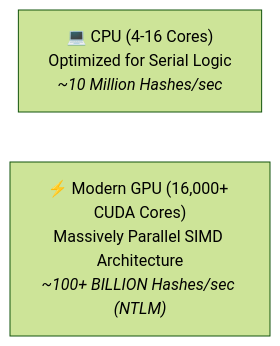
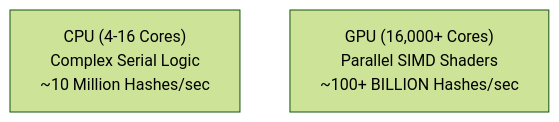
One commit to DaddyZyn/Cyber-security-notes changed the fifth of 5 diagrams in topics/13-pentesting-tool-internals-and-mechanics/README.md. Above: the diagram before and after it, drawn with Mermaid (forest theme). The commit also changed other lines of this file and 19 other files, not shown here.

Commit message:
fix: overhaul all Mermaid diagrams with clean vertical layouts and short line-wrapping to prevent GitHub clipping

````diff
--- a/topics/13-pentesting-tool-internals-and-mechanics/README.md
+++ b/topics/13-pentesting-tool-internals-and-mechanics/README.md
@@ -178,5 +172,5 @@
 ```mermaid
-flowchart LR
-    CPU["💻 CPU (4-16 Cores)<br>Optimized for Serial Logic<br><i>~10 Million Hashes/sec</i>"]
-    GPU["⚡ Modern GPU (16,000+ CUDA Cores)<br>Massively Parallel SIMD Architecture<br><i>~100+ BILLION Hashes/sec (NTLM)</i>"]
+flowchart TD
+    CPU["CPU (4-16 Cores)<br/>Complex Serial Logic<br/>~10 Million Hashes/sec"]
+    GPU["GPU (16,000+ Cores)<br/>Parallel SIMD Shaders<br/>~100+ BILLION Hashes/sec"]
 ```
````
